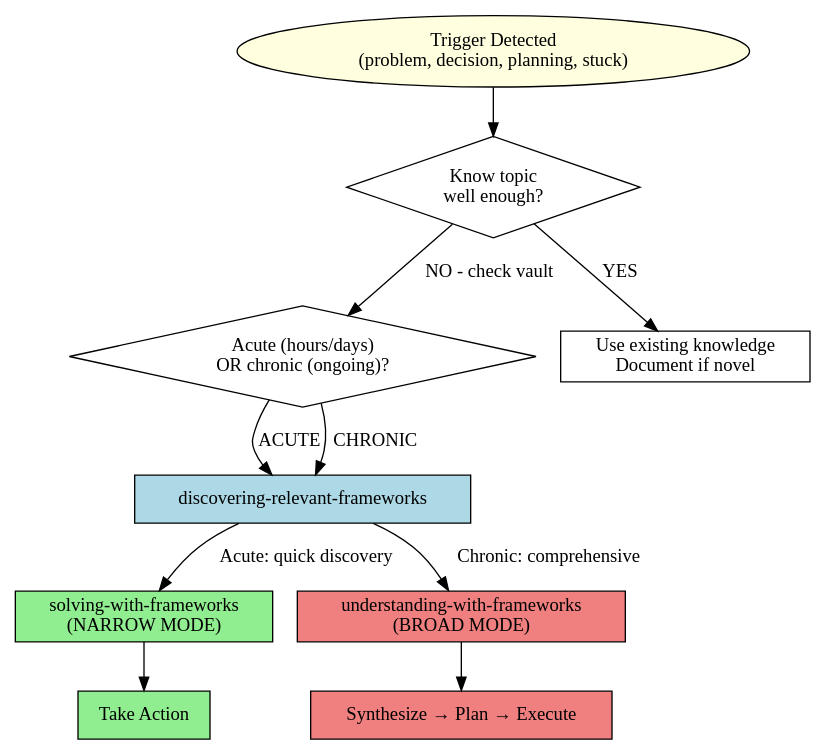
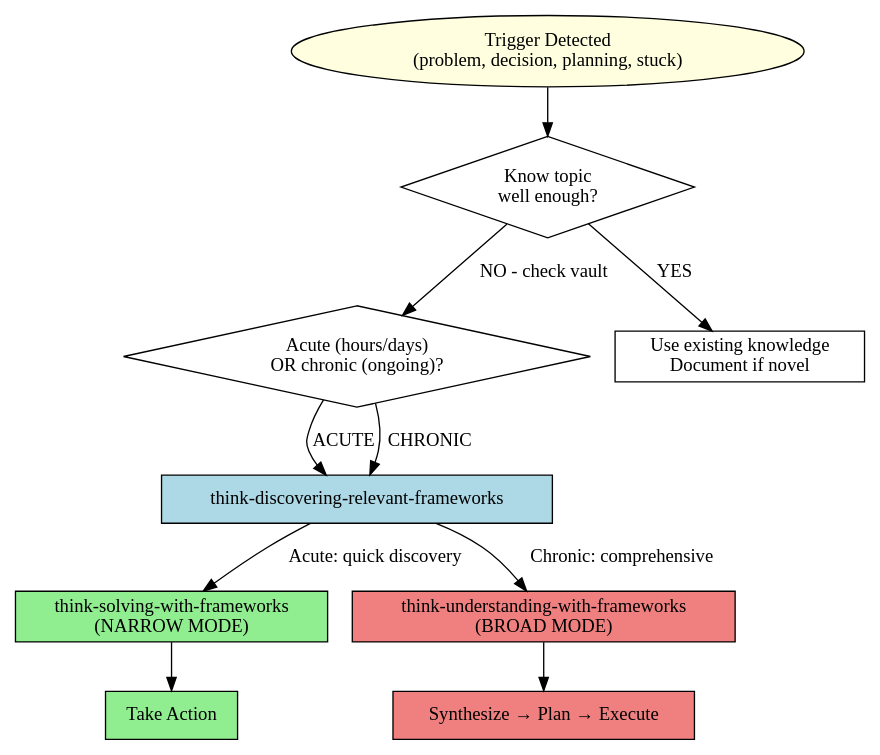
Before and after one commit to tkoenderink-prog/claude-code-dev-harness: the diagram in .claude/skills/think-context-aware-reasoning/SKILL.md, drawn with Graphviz. The commit also changed other lines of this file and 53 other files, not shown here.

````diff
--- a/.claude/skills/think-context-aware-reasoning/SKILL.md
+++ b/.claude/skills/think-context-aware-reasoning/SKILL.md
@@ -54,27 +54,27 @@
 ```dot
 digraph context_aware_flow {
     trigger [label="Trigger Detected\n(problem, decision, planning, stuck)", shape=ellipse, style=filled, fillcolor=lightyellow];
     know_enough [label="Know topic\nwell enough?", shape=diamond];
     is_acute [label="Acute (hours/days)\nOR chronic (ongoing)?", shape=diamond];
 
     use_existing [label="Use existing knowledge\nDocument if novel", shape=box];
-    discover [label="discovering-relevant-frameworks", shape=box, style=filled, fillcolor=lightblue];
-    solving [label="solving-with-frameworks\n(NARROW MODE)", shape=box, style=filled, fillcolor=lightgreen];
-    understanding [label="understanding-with-frameworks\n(BROAD MODE)", shape=box, style=filled, fillcolor=lightcoral];
+    discover [label="think-discovering-relevant-frameworks", shape=box, style=filled, fillcolor=lightblue];
+    solving [label="think-solving-with-frameworks\n(NARROW MODE)", shape=box, style=filled, fillcolor=lightgreen];
+    understanding [label="think-understanding-with-frameworks\n(BROAD MODE)", shape=box, style=filled, fillcolor=lightcoral];
     action [label="Take Action", shape=box, style=filled, fillcolor=lightgreen];
     synthesis [label="Synthesize → Plan → Execute", shape=box, style=filled, fillcolor=lightcoral];
 
     trigger -> know_enough;
     know_enough -> use_existing [label="YES"];
     know_enough -> is_acute [label="NO - check vault"];
 
     is_acute -> discover [label="ACUTE"];
     is_acute -> discover [label="CHRONIC"];
 
     discover -> solving [label="Acute: quick discovery"];
     discover -> understanding [label="Chronic: comprehensive"];
 
     solving -> action;
     understanding -> synthesis;
 }
 ```
````
